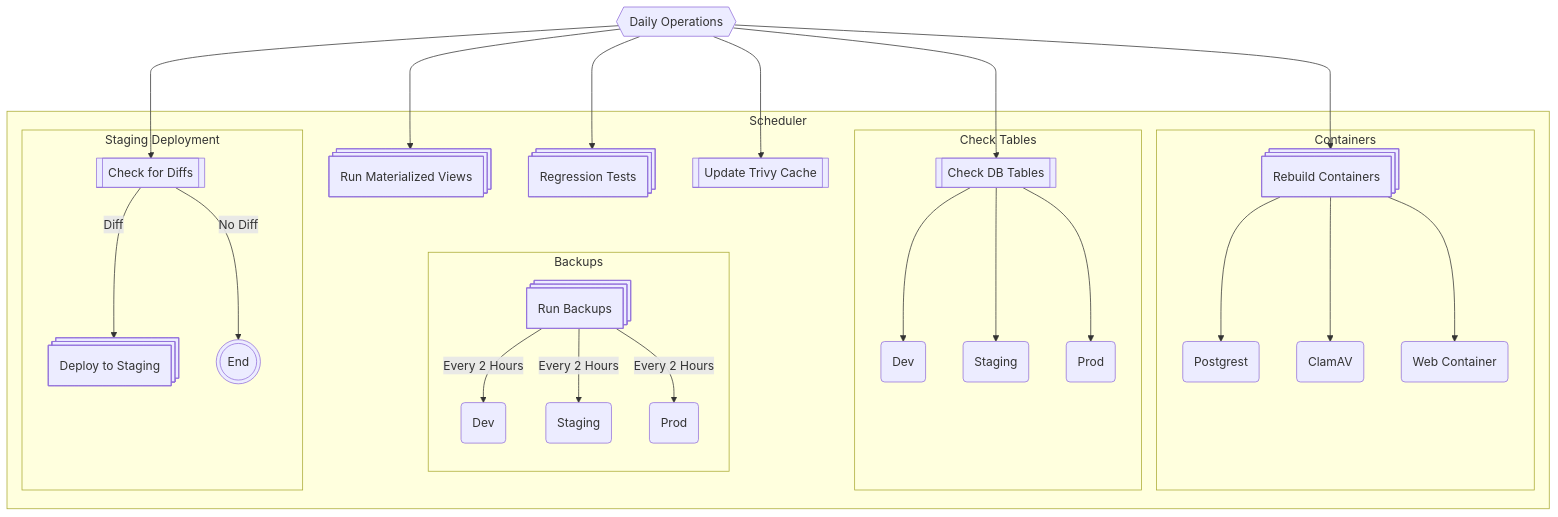
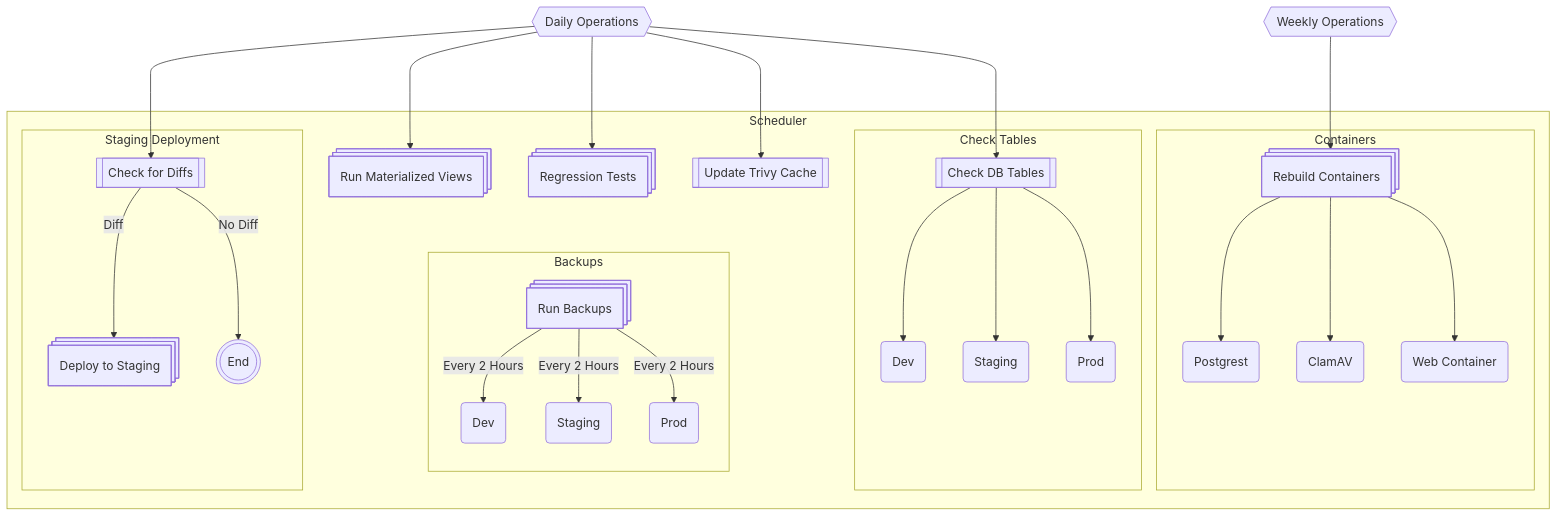
One commit to GSA-TTS/FAC changed the sixth of 6 diagrams in docs/ci-cd-operations.md. Above: the diagram before and after it, drawn with Mermaid.

Commit message:
Fix Operations Diagram

````diff
--- a/docs/ci-cd-operations.md
+++ b/docs/ci-cd-operations.md
@@ -187,30 +187,31 @@
 ```mermaid
 flowchart TB
-    X{{Daily Operations}} ---> C & E & F & G & A & N
+    X{{Daily Operations}} ---> C & E & F & A & N
+    Y{{Weekly Operations}} ---> G
     subgraph Scheduler
     C@{ shape: processes, label: "Run Materialized Views" }
     E@{ shape: processes, label: "Regression Tests" }
     F@{ shape: subprocess, label: "Update Trivy Cache" }
     subgraph Containers
     G@{ shape: processes, label: "Rebuild Containers" }
     G --> Q(Postgrest)
     G --> R(ClamAV)
     G --> S(Web Container)
     end
     subgraph Check Tables
     A@{ shape: subprocess, label: "Check DB Tables" }
     A --> H(Dev) & I(Staging) & J(Prod)
     end
     subgraph Backups
     direction TB
     B@{ shape: processes, label: "Run Backups" }
     B -- Every 2 Hours --> K(Dev) & L(Staging) & M(Prod)
     end
     subgraph Staging Deployment
     N@{ shape: subprocess, label: "Check for Diffs" }
     D@{ shape: processes, label: "Deploy to Staging" }
     N -- Diff --> D
     N -- No Diff--> P@{ shape: dbl-circ, label: "End" }
     end
     end
 ```
````
